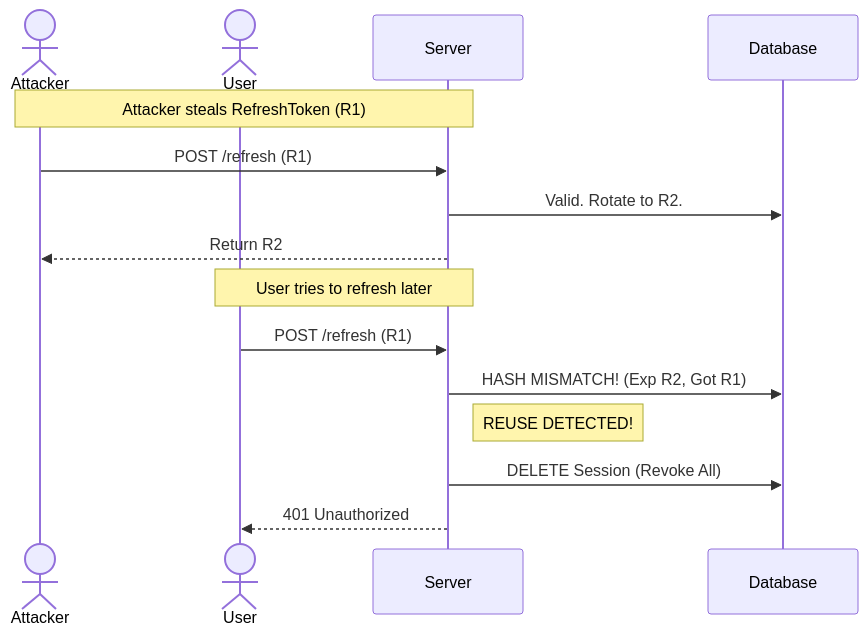
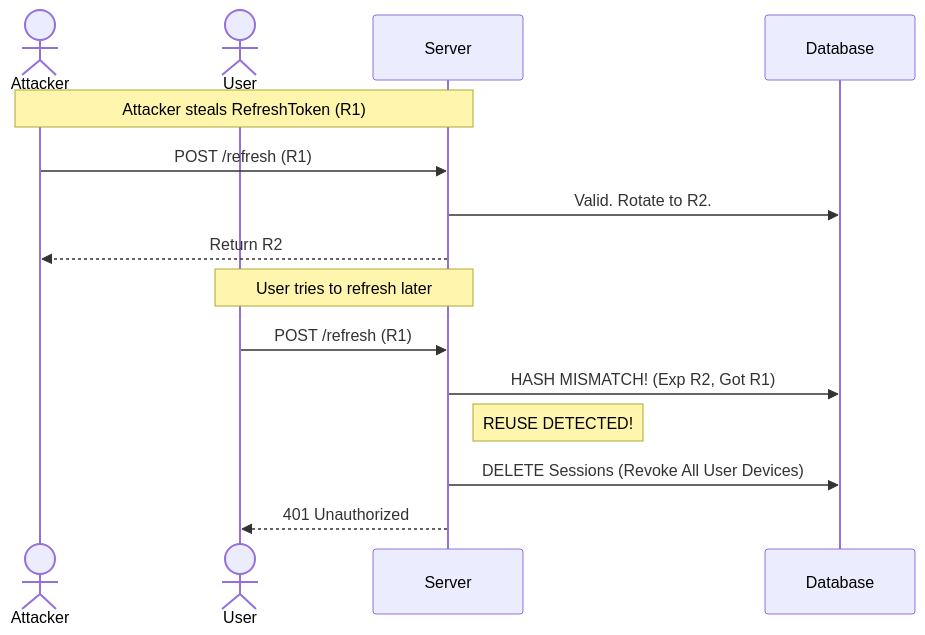
Before and after one commit to pwurbs/wuflow: the second of 2 diagrams in docs/user-management.md, drawn with Mermaid. The commit also changed other lines of this file and 10 other files, not shown here.

Commit message:
fix: Strengthen session revocation with family revocation on token reuse and user updates

````diff
--- a/docs/user-management.md
+++ b/docs/user-management.md
@@ -113,22 +113,22 @@
 ```mermaid
 sequenceDiagram
     actor A as Attacker
     actor U as User
     participant S as Server
     participant DB as Database
 
     Note over A, S: Attacker steals RefreshToken (R1)
     
     %% Attacker uses it
     A->>S: POST /refresh (R1)
     S->>DB: Valid. Rotate to R2.
     S-->>A: Return R2
 
     %% User tries to use old token
     Note over U, S: User tries to refresh later
     U->>S: POST /refresh (R1)
     S->>DB: HASH MISMATCH! (Exp R2, Got R1)
     Note right of S: REUSE DETECTED!
-    S->>DB: DELETE Session (Revoke All)
+    S->>DB: DELETE Sessions (Revoke All User Devices)
     S-->>U: 401 Unauthorized
 ```
````
